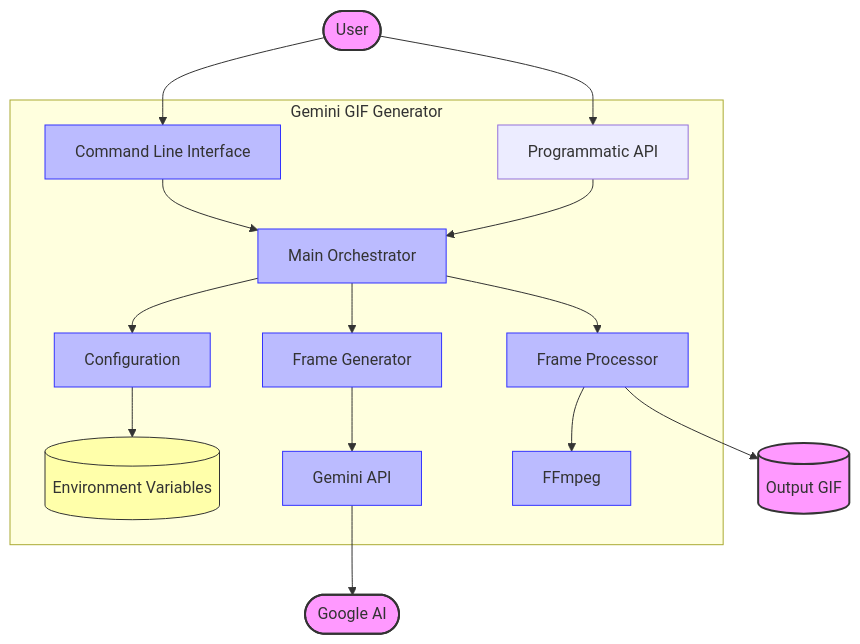
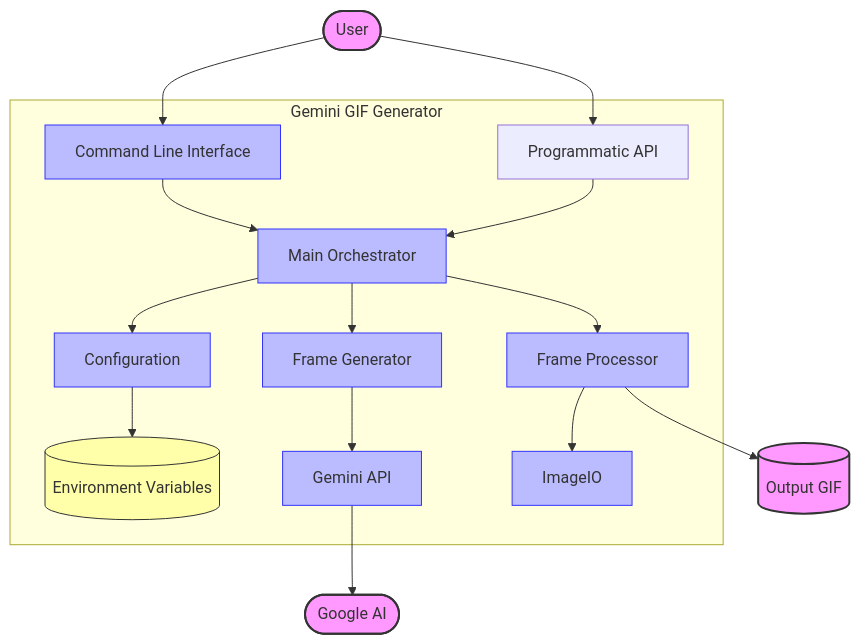
The first of 3 diagrams in docs/images/diagrams.md (daymade/gemini-gif), drawn with Mermaid before and after one commit. The commit also changed other lines of this file and 5 other files, not shown here.

````diff
--- a/docs/images/diagrams.md
+++ b/docs/images/diagrams.md
@@ -7,28 +7,28 @@
 ```mermaid
 flowchart TB
     User([User]) --> CLI[Command Line Interface]
     User --> API[Programmatic API]
     
     subgraph "Gemini GIF Generator"
         CLI --> Main[Main Orchestrator]
         API --> Main
         Main --> Config[Configuration]
         Main --> Generator[Frame Generator]
         Main --> Processor[Frame Processor]
         
         Config --> EnvVars[(Environment Variables)]
         Generator --> GeminiAPI[Gemini API]
-        Processor --> FFmpeg[FFmpeg]
+        Processor --> ImageIO[ImageIO]
     end
     
     GeminiAPI --> GoogleAI([Google AI])
     Processor --> OutputGIF[(Output GIF)]
     
     classDef external fill:#f9f,stroke:#333,stroke-width:2px
     classDef component fill:#bbf,stroke:#33f,stroke-width:1px
     classDef data fill:#ffa,stroke:#333,stroke-width:1px
     
     class User,GoogleAI,OutputGIF external
-    class CLI,Main,Config,Generator,Processor,GeminiAPI,FFmpeg component
+    class CLI,Main,Config,Generator,Processor,GeminiAPI,ImageIO component
     class EnvVars data
 ```
````
